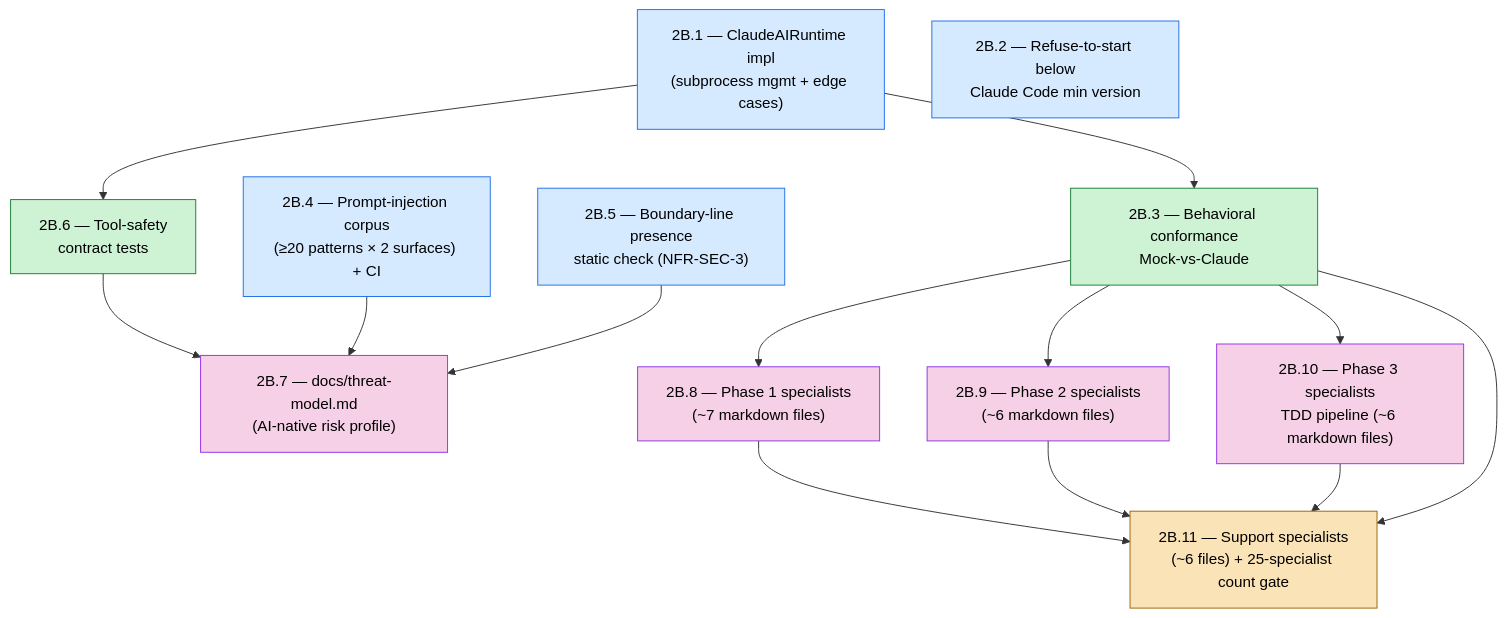
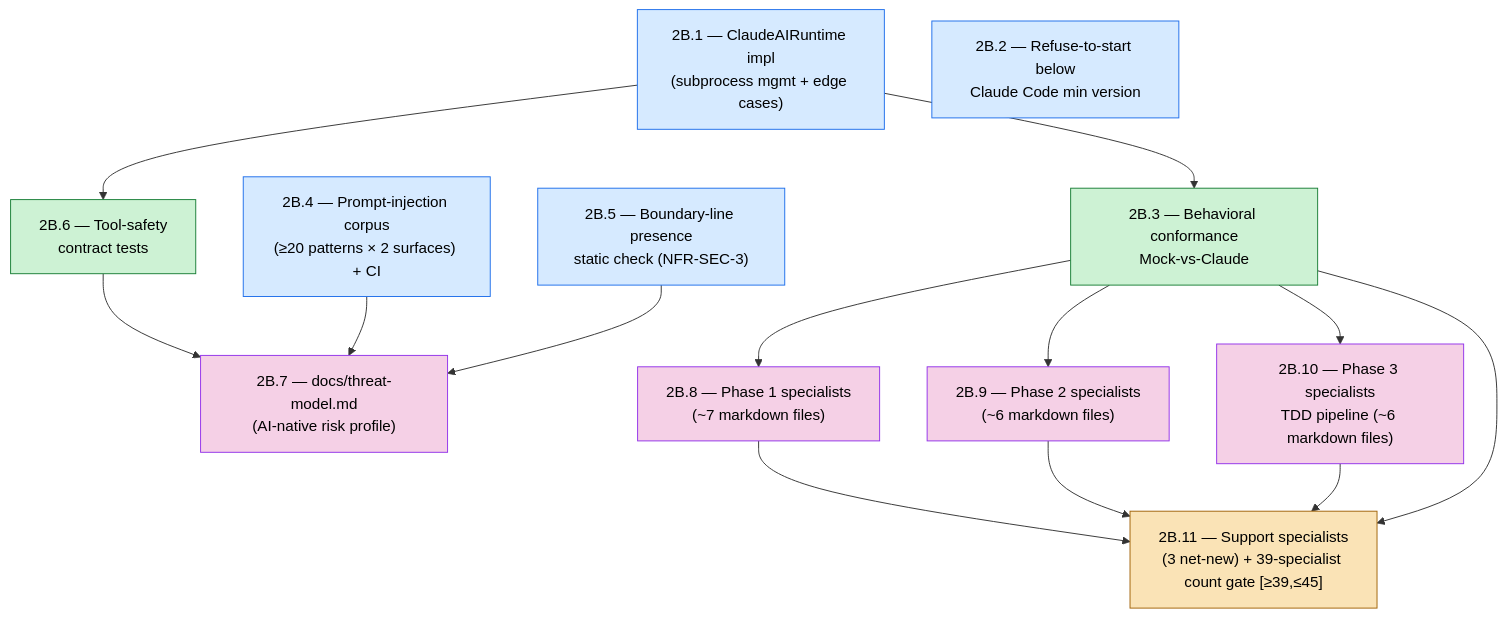
The diagram in docs/sprints/epic-2b-dag.md (vuonglq01685/SDLC-Framework), drawn with Mermaid before and after one commit. The commit also changed other lines of this file and 5 other files, not shown here.

First line of the commit message:
docs(2b.11): matrix regen + count-gate + ADR-030 amendment + wheel allowlist (closes CR2B10-W8/W9)

````diff
--- a/docs/sprints/epic-2b-dag.md
+++ b/docs/sprints/epic-2b-dag.md
@@ -31,40 +31,40 @@
 ```mermaid
 graph TD
   B1["2B.1 — ClaudeAIRuntime impl<br/>(subprocess mgmt + edge cases)"]:::layer1
   B2["2B.2 — Refuse-to-start below<br/>Claude Code min version"]:::layer1
   B4["2B.4 — Prompt-injection corpus<br/>(≥20 patterns × 2 surfaces) + CI"]:::layer1
   B5["2B.5 — Boundary-line presence<br/>static check (NFR-SEC-3)"]:::layer1
 
   B3["2B.3 — Behavioral conformance<br/>Mock-vs-Claude"]:::layer2
   B6["2B.6 — Tool-safety<br/>contract tests"]:::layer2
 
   B7["2B.7 — docs/threat-model.md<br/>(AI-native risk profile)"]:::layer3
   B8["2B.8 — Phase 1 specialists<br/>(~7 markdown files)"]:::layer3
   B9["2B.9 — Phase 2 specialists<br/>(~6 markdown files)"]:::layer3
   B10["2B.10 — Phase 3 specialists<br/>TDD pipeline (~6 markdown files)"]:::layer3
 
-  B11["2B.11 — Support specialists<br/>(~6 files) + 25-specialist count gate"]:::layer4
+  B11["2B.11 — Support specialists<br/>(3 net-new) + 39-specialist count gate [≥39,≤45]"]:::layer4
 
   %% layer 1 → layer 2
   B1 --> B3
   B1 --> B6
 
   %% layer 1/2 → layer 3
   B6 --> B7
   B4 --> B7
   B5 --> B7
   B3 --> B8
   B3 --> B9
   B3 --> B10
 
   %% layer 3 → layer 4
   B8 --> B11
   B9 --> B11
   B10 --> B11
   B3 --> B11
 
   classDef layer1 fill:#d6eaff,stroke:#1f6feb,color:#000
   classDef layer2 fill:#cdf2d4,stroke:#1a7f37,color:#000
   classDef layer3 fill:#f5d0e6,stroke:#9333ea,color:#000
   classDef layer4 fill:#fae3b6,stroke:#a16207,color:#000
 ```
````
